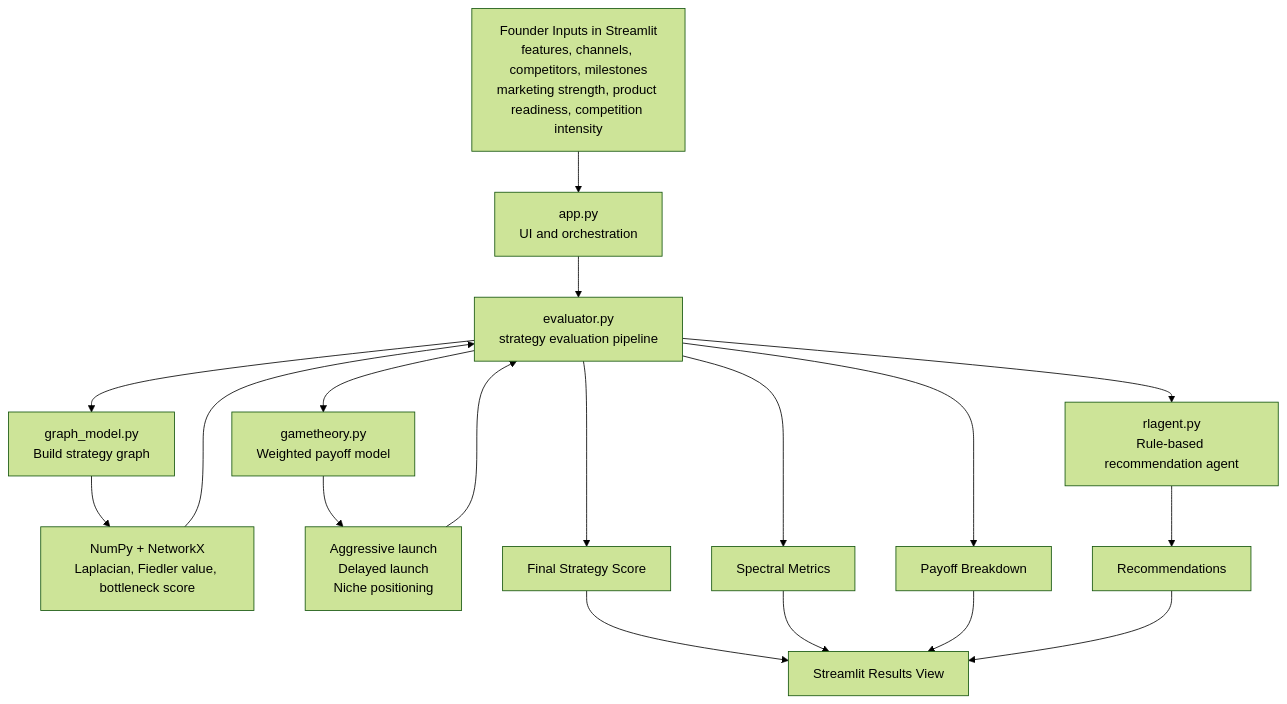
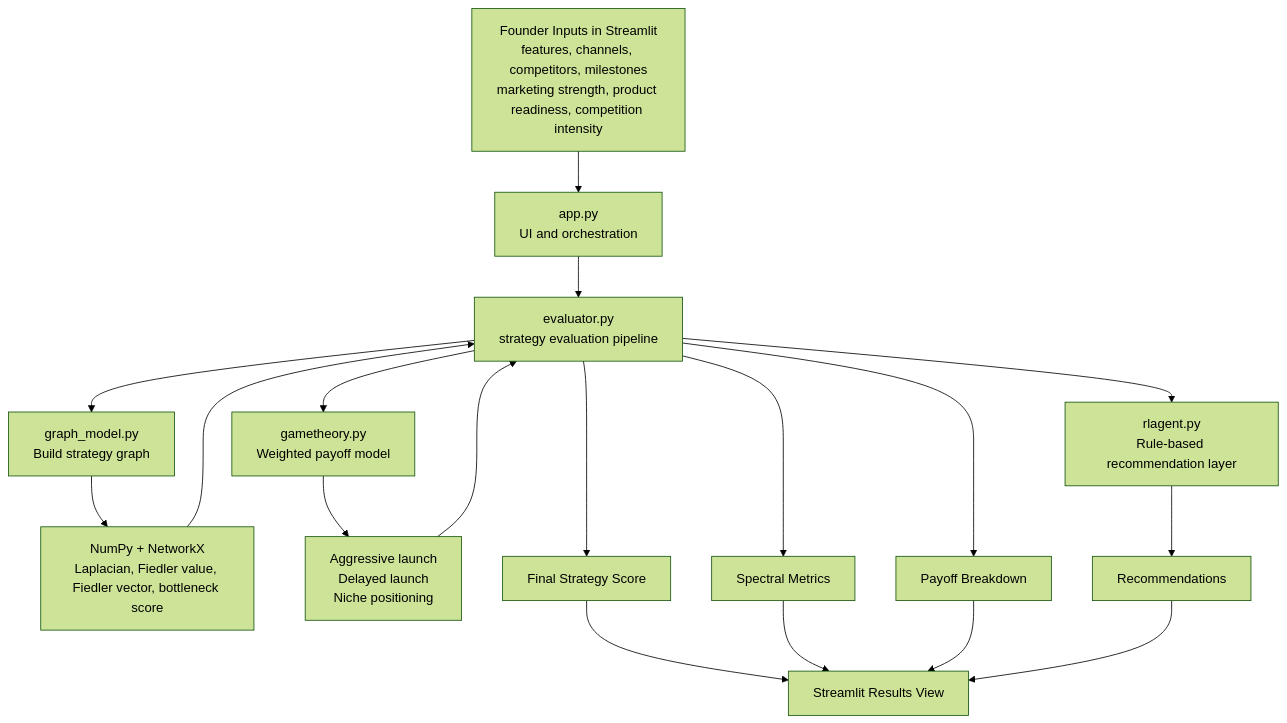
One commit to AKillerPanda/Strategy-Signal changed the diagram in README.md. Above: the diagram before and after it, drawn with Mermaid (forest theme). The commit also changed other lines of this file and 8 other files, not shown here.

Commit message:
Enhance README with detailed project description, demo snapshots, and updated architecture overview; refactor import paths in evaluator.py; add app input and result images; include compiled Python files in __pycache__.

````diff
--- a/README.md
+++ b/README.md
@@ -73,25 +77,25 @@
 ```mermaid
 flowchart TD
     A[Founder Inputs in Streamlit\nfeatures, channels, competitors, milestones\nmarketing strength, product readiness, competition intensity] --> B[app.py\nUI and orchestration]
     B --> C[evaluator.py\nstrategy evaluation pipeline]
 
     C --> D[graph_model.py\nBuild strategy graph]
-    D --> E[NumPy + NetworkX\nLaplacian, Fiedler value, bottleneck score]
+    D --> E[NumPy + NetworkX\nLaplacian, Fiedler value, Fiedler vector, bottleneck score]
 
     C --> F[gametheory.py\nWeighted payoff model]
     F --> G[Aggressive launch\nDelayed launch\nNiche positioning]
 
-    C --> H[rlagent.py\nRule-based recommendation agent]
+    C --> H[rlagent.py\nRule-based recommendation layer]
 
     E --> C
     G --> C
     H --> I[Recommendations]
     C --> J[Final Strategy Score]
     C --> K[Spectral Metrics]
     C --> L[Payoff Breakdown]
 
     J --> M[Streamlit Results View]
     K --> M
     L --> M
     I --> M
 ```
````
